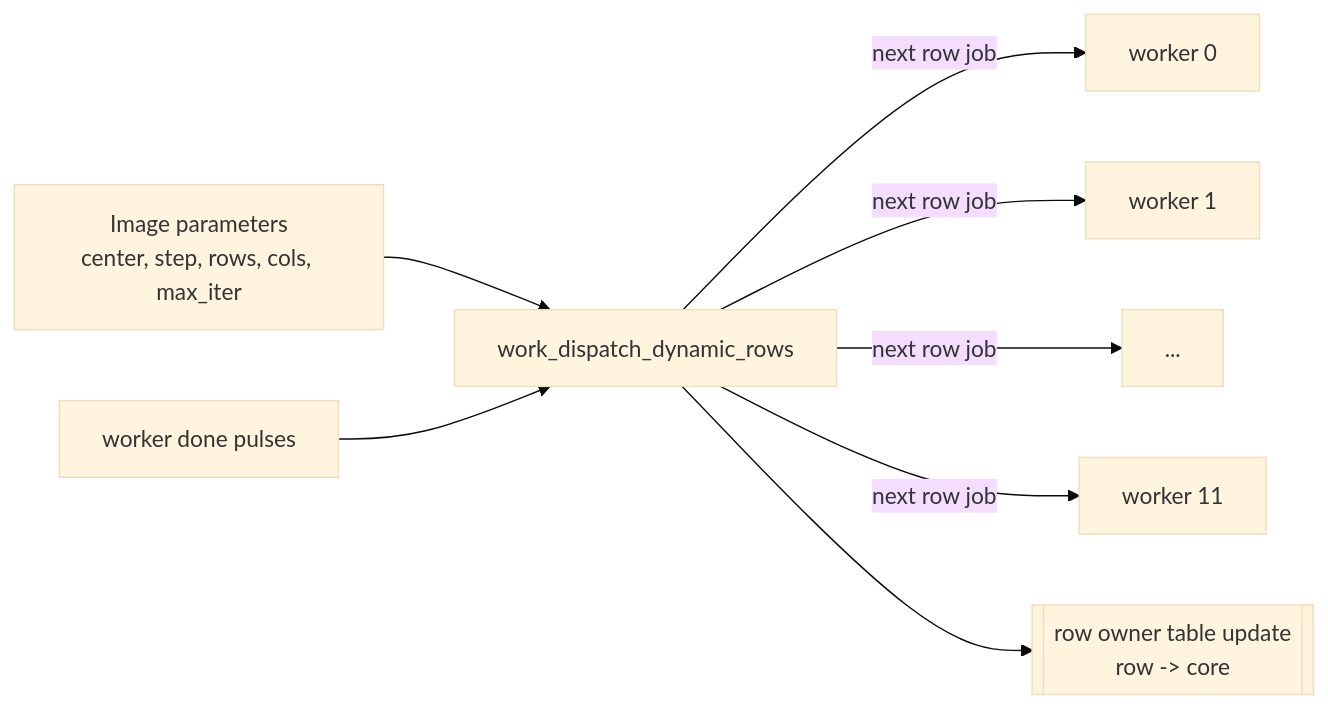
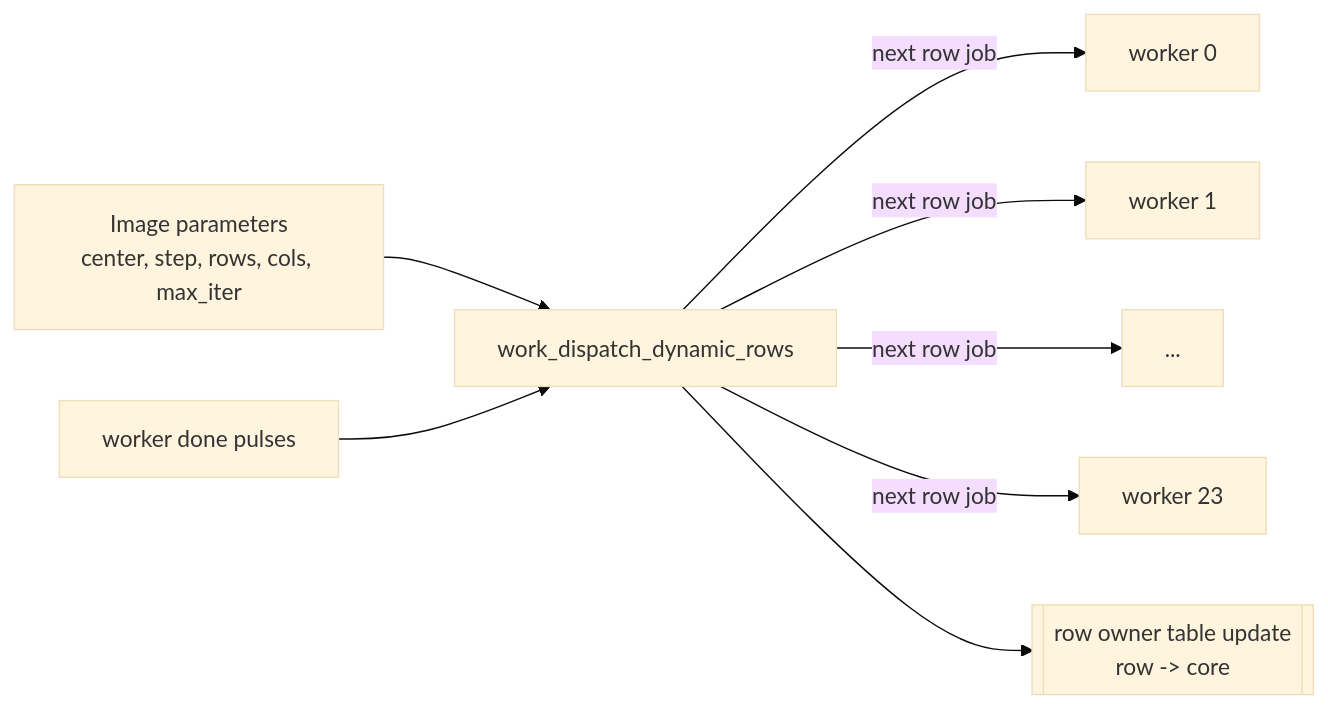
One commit to RESBI/FPGA-Mandelbrot-Demo changed the fifth of 17 diagrams in doc/ARCHITECTURE.md. Above: the diagram before and after it, drawn with Mermaid (base theme). The commit also changed other lines of this file and 1 other file, not shown here.

First line of the commit message:
Restructure ARCHITECTURE.md for fx64 primary path; add fx64 redesign chapter to evolution report

````diff
--- a/doc/ARCHITECTURE.md
+++ b/doc/ARCHITECTURE.md
@@ -444,10 +408,10 @@
 ```mermaid
 flowchart LR
     PARAM["Image parameters<br/>center, step, rows, cols, max_iter"] --> DYN["work_dispatch_dynamic_rows"]
     DONE["worker done pulses"] --> DYN
     DYN -->|"next row job"| C0["worker 0"]
     DYN -->|"next row job"| C1["worker 1"]
     DYN -->|"next row job"| C2["..."]
-    DYN -->|"next row job"| C11["worker 11"]
+    DYN -->|"next row job"| C23["worker 23"]
     DYN --> OWNER[["row owner table update<br/>row -> core"]]
 ```
````
